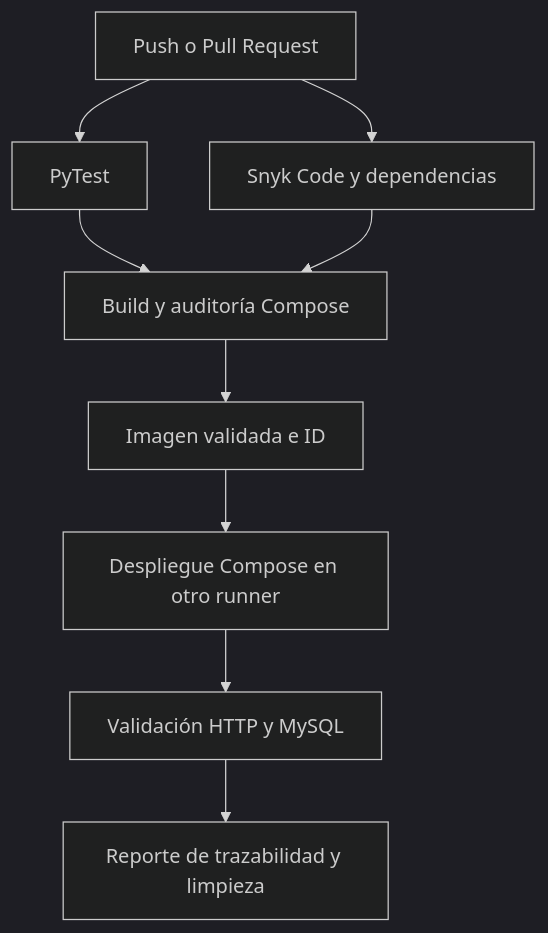
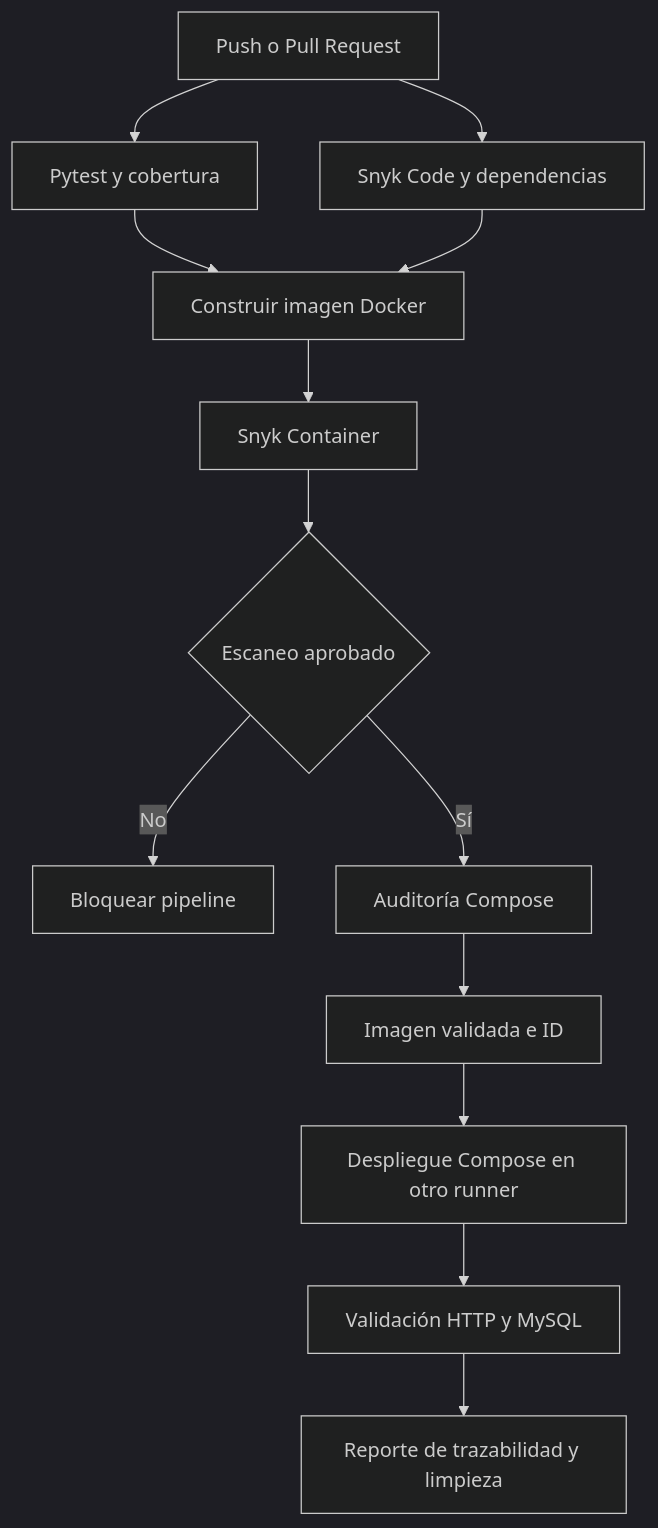
The diagram in README.md (D1E60-C4RR1LL0/despensa-inteligente-api), drawn with Mermaid (dark theme) before and after one commit. The commit also changed other lines of this file and 2 other files, not shown here.

````diff
--- a/README.md
+++ b/README.md
@@ -497,11 +497,15 @@
 ```mermaid
 flowchart TD
-    cambio[Push o Pull Request] --> pruebas[PyTest]
+    cambio[Push o Pull Request] --> pruebas[Pytest y cobertura]
     cambio --> seguridad[Snyk Code y dependencias]
-    pruebas --> imagen[Build y auditoría Compose]
+    pruebas --> imagen[Construir imagen Docker]
     seguridad --> imagen
-    imagen --> artefacto[Imagen validada e ID]
+    imagen --> container[Snyk Container]
+    container --> decision{Escaneo aprobado}
+    decision -->|No| bloqueo[Bloquear pipeline]
+    decision -->|Sí| auditoria[Auditoría Compose]
+    auditoria --> artefacto[Imagen validada e ID]
     artefacto --> despliegue[Despliegue Compose en otro runner]
     despliegue --> validacion[Validación HTTP y MySQL]
     validacion --> reporte[Reporte de trazabilidad y limpieza]
 ```
````
